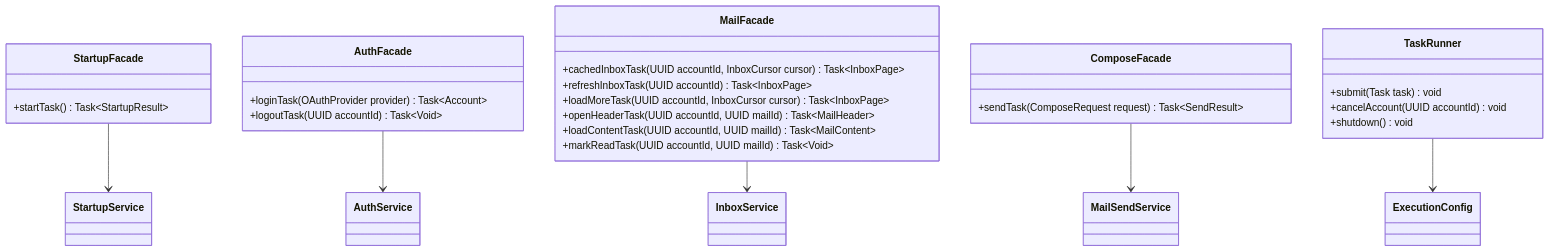
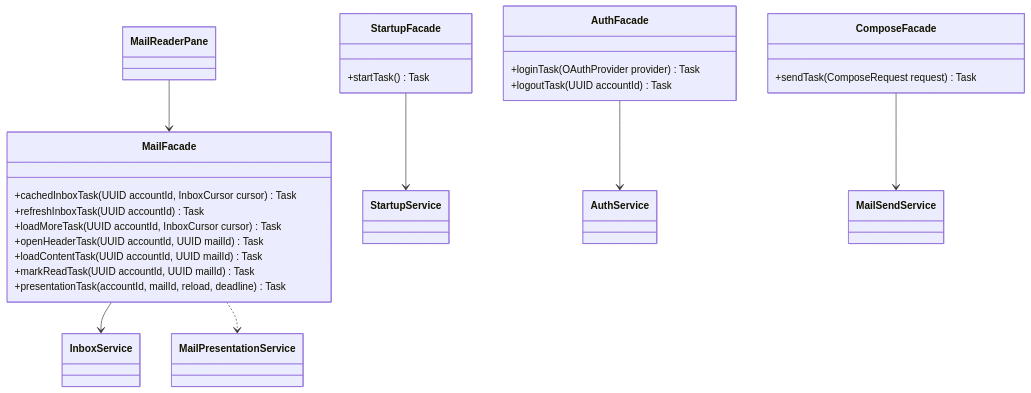
The diagram in docs/arquitectura/diagramas/uml-facade.md (JuanPablo72000/evermail), drawn with Mermaid before and after one commit. The commit also changed other lines of this file and 25 other files, not shown here.

````diff
--- a/docs/arquitectura/diagramas/uml-facade.md
+++ b/docs/arquitectura/diagramas/uml-facade.md
@@ -5,31 +5,28 @@
 ```mermaid
 classDiagram
     class StartupFacade {
-        +startTask() Task~StartupResult~
+        +startTask() Task
     }
     class AuthFacade {
-        +loginTask(OAuthProvider provider) Task~Account~
-        +logoutTask(UUID accountId) Task~Void~
+        +loginTask(OAuthProvider provider) Task
+        +logoutTask(UUID accountId) Task
     }
     class MailFacade {
-        +cachedInboxTask(UUID accountId, InboxCursor cursor) Task~InboxPage~
-        +refreshInboxTask(UUID accountId) Task~InboxPage~
-        +loadMoreTask(UUID accountId, InboxCursor cursor) Task~InboxPage~
-        +openHeaderTask(UUID accountId, UUID mailId) Task~MailHeader~
-        +loadContentTask(UUID accountId, UUID mailId) Task~MailContent~
-        +markReadTask(UUID accountId, UUID mailId) Task~Void~
+        +cachedInboxTask(UUID accountId, InboxCursor cursor) Task
+        +refreshInboxTask(UUID accountId) Task
+        +loadMoreTask(UUID accountId, InboxCursor cursor) Task
+        +openHeaderTask(UUID accountId, UUID mailId) Task
+        +loadContentTask(UUID accountId, UUID mailId) Task
+        +markReadTask(UUID accountId, UUID mailId) Task
+        +presentationTask(accountId, mailId, reload, deadline) Task
     }
     class ComposeFacade {
-        +sendTask(ComposeRequest request) Task~SendResult~
-    }
-    class TaskRunner {
-        +submit(Task task) void
-        +cancelAccount(UUID accountId) void
-        +shutdown() void
+        +sendTask(ComposeRequest request) Task
     }
     StartupFacade --> StartupService
     AuthFacade --> AuthService
     MailFacade --> InboxService
+    MailFacade ..> MailPresentationService
     ComposeFacade --> MailSendService
-    TaskRunner --> ExecutionConfig
+    MailReaderPane --> MailFacade
 ```
````
